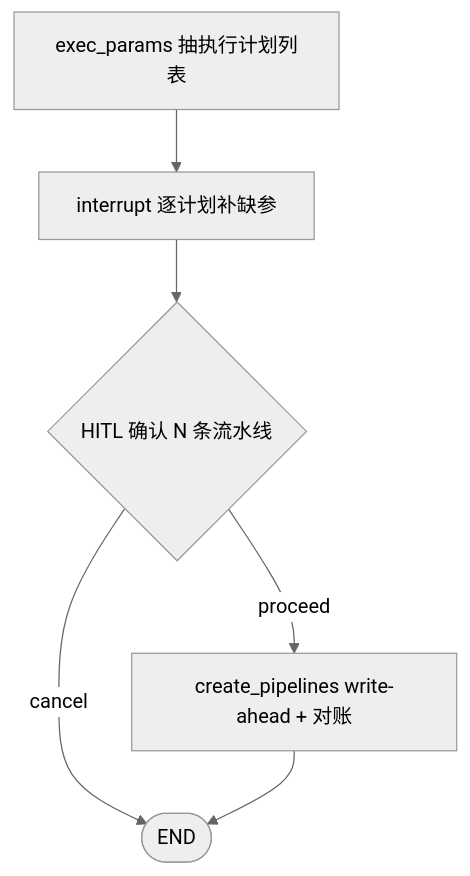
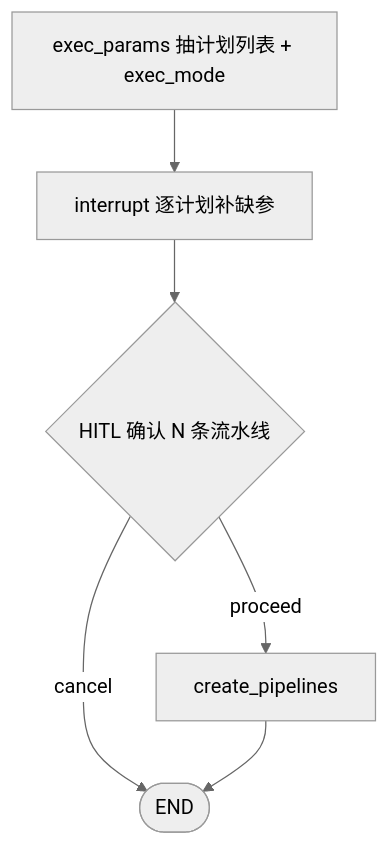
Before and after one commit to LuukkaToT/work_agent: the third of 4 diagrams in docs/architecture.md, drawn with Mermaid (neutral theme). The commit also changed other lines of this file and 28 other files, not shown here.

````diff
--- a/docs/architecture.md
+++ b/docs/architecture.md
@@ -130,8 +133,8 @@
 ```mermaid
 flowchart TD
-  Params["exec_params 抽执行计划列表"] --> AskMissing["interrupt 逐计划补缺参"]
+  Params["exec_params 抽计划列表 + exec_mode"] --> AskMissing["interrupt 逐计划补缺参"]
   AskMissing --> Confirm{"HITL 确认 N 条流水线"}
   Confirm -->|"cancel"| EndNode(["END"])
-  Confirm -->|"proceed"| Create["create_pipelines write-ahead + 对账"]
+  Confirm -->|"proceed"| Create["create_pipelines"]
   Create --> EndNode
 ```
````
